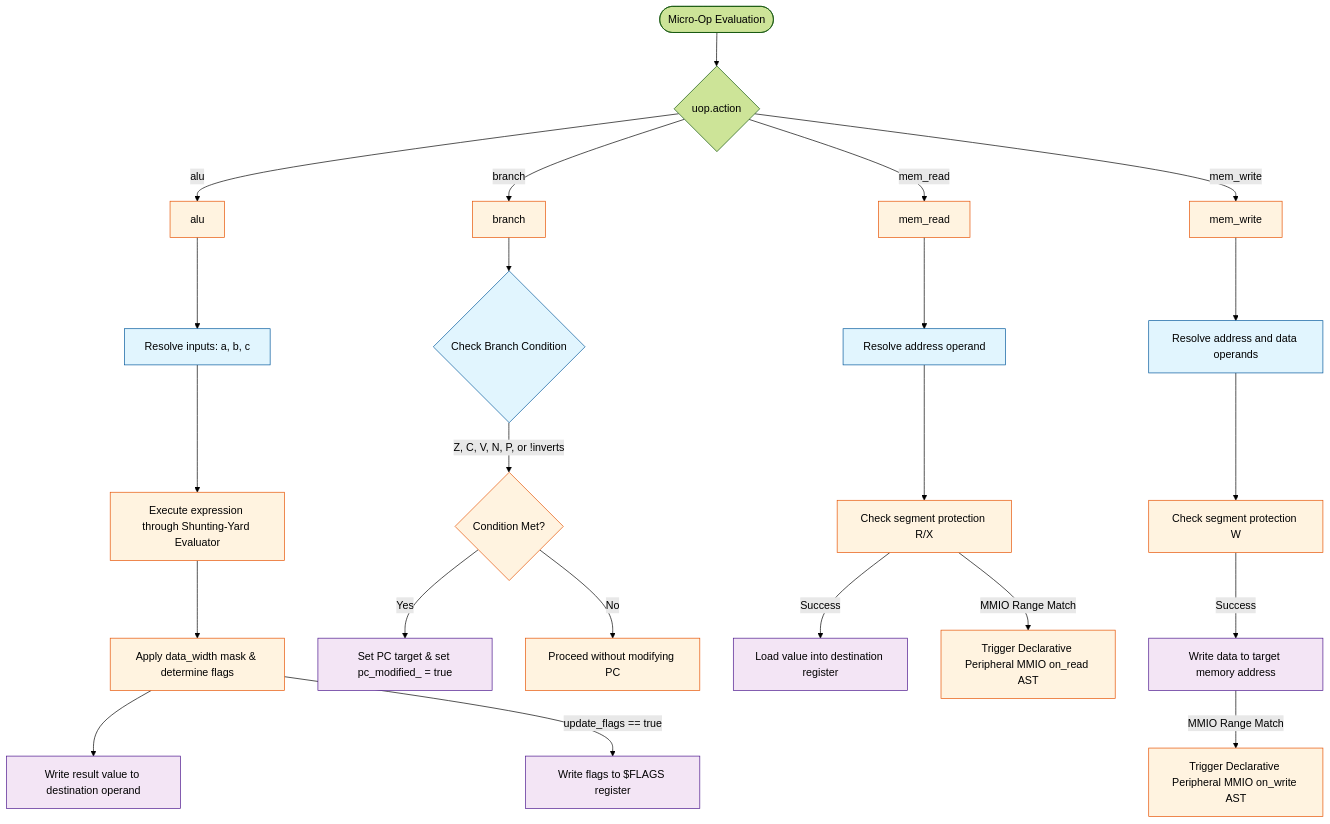
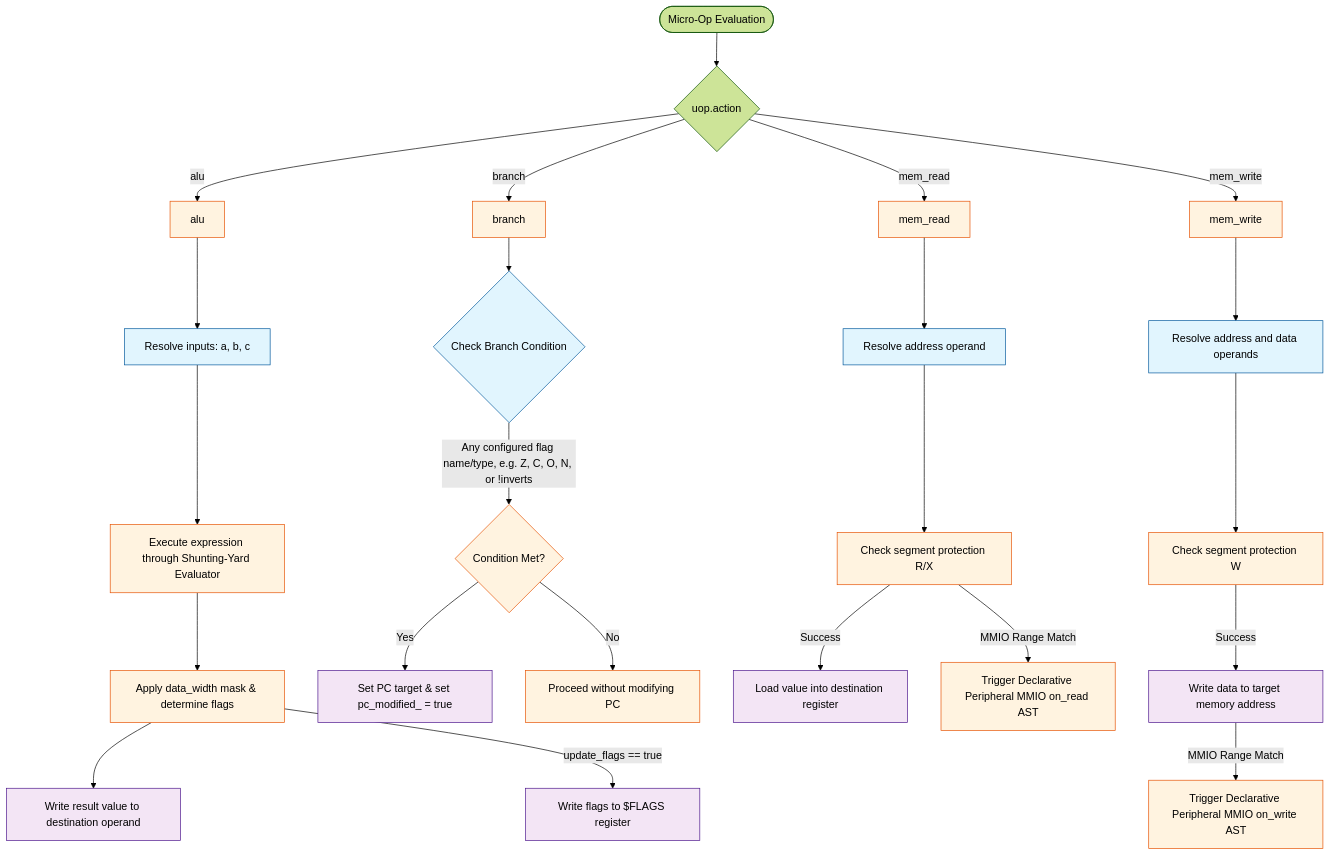
Before and after one commit to JohnieWalkerCZ/cpu_simulator: the diagram in diagrams/microop.mmd, drawn with Mermaid (forest theme). The commit also changed 2 other files, not shown here.

Commit message:
docs: fixed documentation and diagrams to match current architecture

```diff
--- a/diagrams/microop.mmd
+++ b/diagrams/microop.mmd
@@ -1,37 +1,37 @@
 flowchart TD
     %% Styling
     classDef lookup fill:#e1f5fe,stroke:#01579b,stroke-width:1px;
     classDef execute fill:#fff3e0,stroke:#e65100,stroke-width:1px;
     classDef store fill:#f3e5f5,stroke:#4a148c,stroke-width:1px;
 
     UopEntry([Micro-Op Evaluation]) --> ActionSwitch{uop.action}
 
     %% ALU
     ActionSwitch -->|alu| ALU_Action[alu]:::execute
     ALU_Action --> ALU_1[Resolve inputs: a, b, c]:::lookup
     ALU_1 --> ALU_2[Execute expression through Shunting-Yard Evaluator]:::execute
     ALU_2 --> ALU_3[Apply data_width mask & determine flags]:::execute
     ALU_3 --> ALU_Write[Write result value to destination operand]:::store
     ALU_3 -->|update_flags == true| ALU_Flags[Write flags to $FLAGS register]:::store
 
     %% Branch
     ActionSwitch -->|branch| Branch_Action[branch]:::execute
     Branch_Action --> Br_1{Check Branch Condition}:::lookup
-    Br_1 -->|Z, C, V, N, P, or !inverts| Br_2{Condition Met?}:::execute
+    Br_1 -->|Any configured flag name/type, e.g. Z, C, O, N, or !inverts| Br_2{Condition Met?}:::execute
     Br_2 -->|Yes| Br_Write[Set PC target & set pc_modified_ = true]:::store
     Br_2 -->|No| Br_Nop[Proceed without modifying PC]:::execute
 
     %% Mem Read/Write
     ActionSwitch -->|mem_read| MRead[mem_read]:::execute
     MRead --> MR_1[Resolve address operand]:::lookup
     MR_1 --> MR_2[Check segment protection R/X]:::execute
     MR_2 -->|Success| MR_Write[Load value into destination register]:::store
 
     ActionSwitch -->|mem_write| MWrite[mem_write]:::execute
     MWrite --> MW_1[Resolve address and data operands]:::lookup
     MW_1 --> MW_2[Check segment protection W]:::execute
     MW_2 -->|Success| MW_Write[Write data to target memory address]:::store
 
     %% Peripheral Mappings
     MW_Write -->|MMIO Range Match| MMIO_Hook[Trigger Declarative Peripheral MMIO on_write AST]:::execute
     MR_2 -->|MMIO Range Match| MMIO_Hook_R[Trigger Declarative Peripheral MMIO on_read AST]:::execute
```
